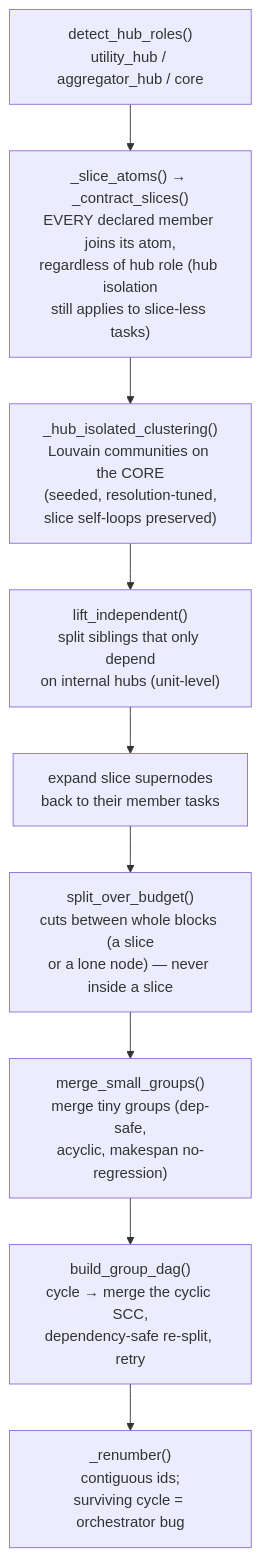
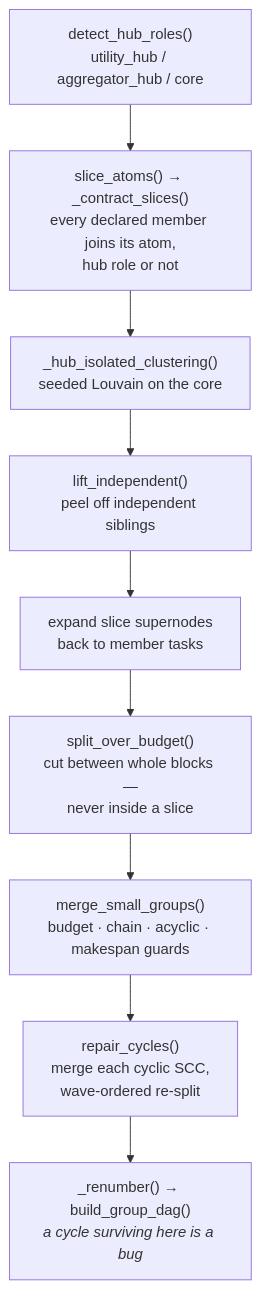
Before and after one commit to Giovani-Merlin/smart_mcps: the third of 3 diagrams in docs/orchestrator-grouping.md, drawn with Mermaid. The commit also changed other lines of this file and 26 other files, not shown here.

````diff
--- a/docs/orchestrator-grouping.md
+++ b/docs/orchestrator-grouping.md
@@ -255,12 +228,12 @@
 ```mermaid
 flowchart TD
     A["detect_hub_roles()<br/>utility_hub / aggregator_hub / core"] --> S
-    S["_slice_atoms() → _contract_slices()<br/>EVERY declared member joins its atom,<br/>regardless of hub role (hub isolation<br/>still applies to slice-less tasks)"] --> B
-    B["_hub_isolated_clustering()<br/>Louvain communities on the CORE<br/>(seeded, resolution-tuned,<br/>slice self-loops preserved)"] --> C
-    C["lift_independent()<br/>split siblings that only depend<br/>on internal hubs (unit-level)"] --> X
-    X["expand slice supernodes<br/>back to their member tasks"] --> D
-    D["split_over_budget()<br/>cuts between whole blocks (a slice<br/>or a lone node) — never inside a slice"] --> E
-    E["merge_small_groups()<br/>merge tiny groups (dep-safe,<br/>acyclic, makespan no-regression)"] --> F
-    F["build_group_dag()<br/>cycle → merge the cyclic SCC,<br/>dependency-safe re-split, retry"] --> R
-    R["_renumber()<br/>contiguous ids;<br/>surviving cycle = orchestrator bug"]
+    S["slice_atoms() → _contract_slices()<br/>every declared member joins its atom,<br/>hub role or not"] --> B
+    B["_hub_isolated_clustering()<br/>seeded Louvain on the core"] --> C
+    C["lift_independent()<br/>peel off independent siblings"] --> X
+    X["expand slice supernodes<br/>back to member tasks"] --> D
+    D["split_over_budget()<br/>cut between whole blocks —<br/>never inside a slice"] --> E
+    E["merge_small_groups()<br/>budget · chain · acyclic · makespan guards"] --> F
+    F["repair_cycles()<br/>merge each cyclic SCC,<br/>wave-ordered re-split"] --> R
+    R["_renumber() → build_group_dag()<br/><i>a cycle surviving here is a bug</i>"]
 ```
````
